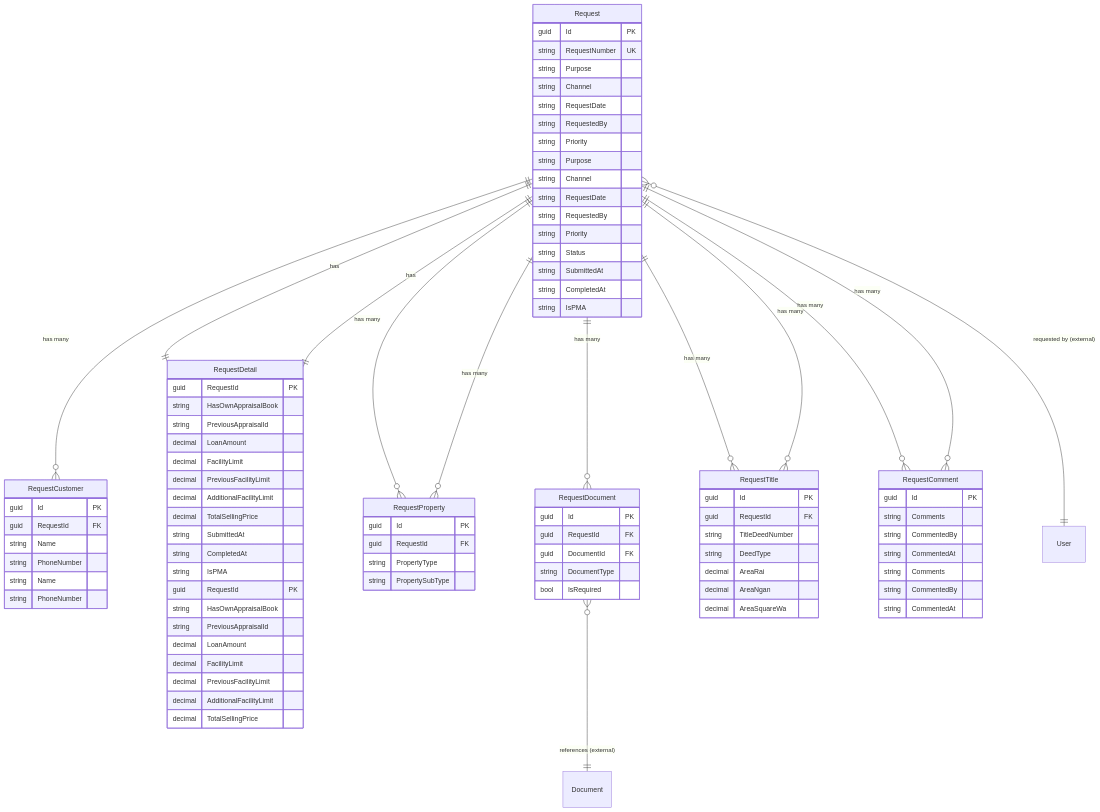
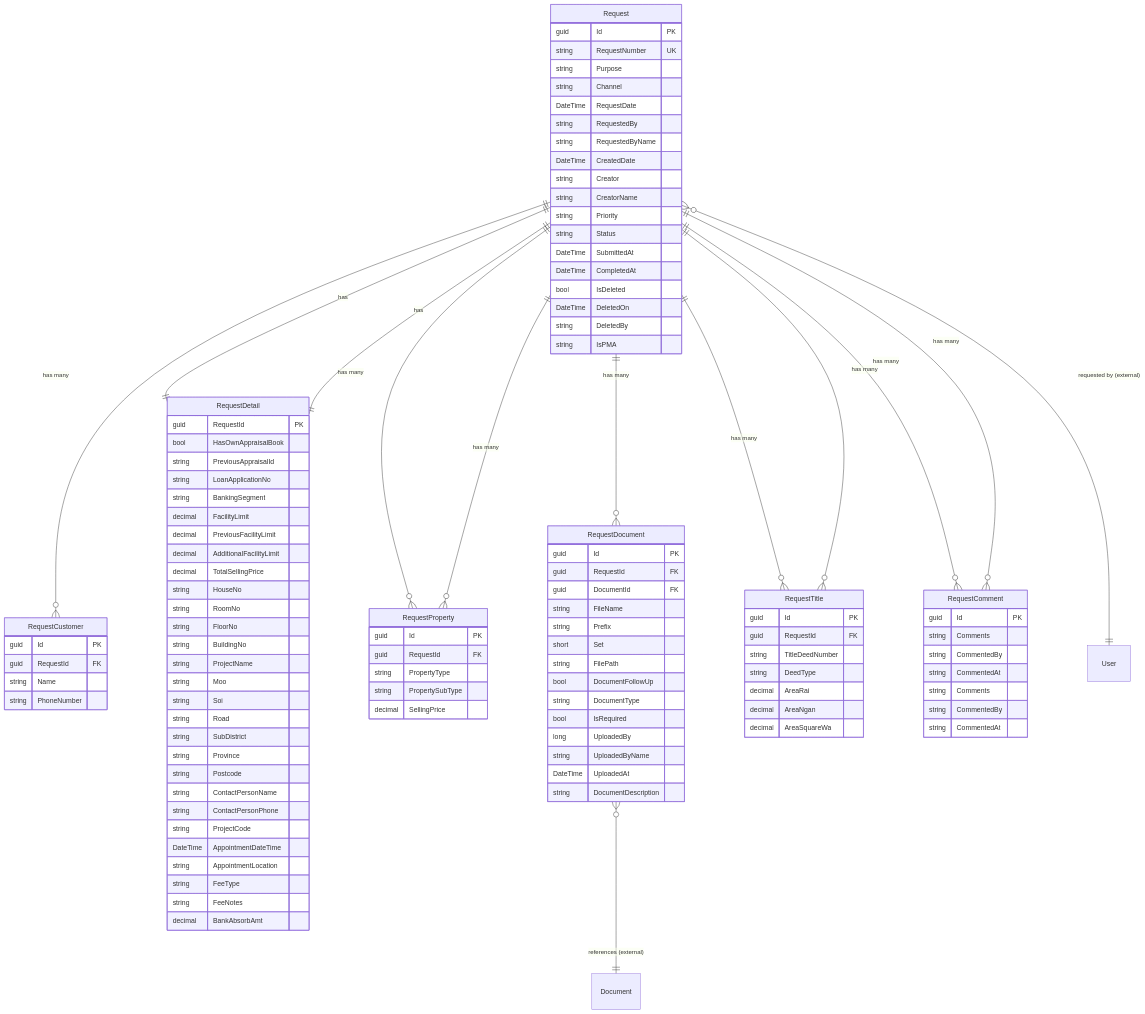
Before and after one commit to immortalgky/collateral-appraisal-system-api: the diagram in docs/data-model/02-request-module.md, drawn with Mermaid. The commit also changed other lines of this file and 5 other files, not shown here.

```diff
--- a/docs/data-model/02-request-module.md
+++ b/docs/data-model/02-request-module.md
@@ -53,50 +53,56 @@
         string RequestNumber UK
         string Purpose
         string Channel
-        string RequestDate
+        DateTime RequestDate
         string RequestedBy
-        string Priority
-        string Purpose
-        string Channel
-        string RequestDate
-        string RequestedBy
+        string RequestedByName
+        DateTime CreatedDate
+        string Creator
+        string CreatorName
         string Priority
         string Status
-        string SubmittedAt
-        string CompletedAt
+        DateTime SubmittedAt
+        DateTime CompletedAt
+        bool IsDeleted
+        DateTime DeletedOn
+        string DeletedBy
         string IsPMA
     }
     
     RequestDetail {
         guid RequestId PK
-        string HasOwnAppraisalBook
+        bool HasOwnAppraisalBook
         string PreviousAppraisalId
-        decimal LoanAmount
+        string LoanApplicationNo
+        string BankingSegment
         decimal FacilityLimit
         decimal PreviousFacilityLimit
         decimal AdditionalFacilityLimit
         decimal TotalSellingPrice
-        string SubmittedAt
-        string CompletedAt
-        string IsPMA
-    }
-    
-    RequestDetail {
-        guid RequestId PK
-        string HasOwnAppraisalBook
-        string PreviousAppraisalId
-        decimal LoanAmount
-        decimal FacilityLimit
-        decimal PreviousFacilityLimit
-        decimal AdditionalFacilityLimit
-        decimal TotalSellingPrice
+        string HouseNo
+        string RoomNo
+        string FloorNo
+        string BuildingNo
+        string ProjectName
+        string Moo
+        string Soi
+        string Road
+        string SubDistrict
+        string Province
+        string Postcode
+        string ContactPersonName
+        string ContactPersonPhone
+        string ProjectCode
+        DateTime AppointmentDateTime
+        string AppointmentLocation
+        string FeeType
+        string FeeNotes
+        decimal BankAbsorbAmt
     }
 
     RequestCustomer {
         guid Id PK
         guid RequestId FK
-        string Name
-        string PhoneNumber
         string Name
         string PhoneNumber
     }
@@ -106,14 +112,24 @@
         guid RequestId FK
         string PropertyType
         string PropertySubType
+        decimal SellingPrice
     }
 
     RequestDocument {
         guid Id PK
         guid RequestId FK
         guid DocumentId FK
+        string FileName
+        string Prefix
+        short Set
+        string FilePath
+        bool DocumentFollowUp
         string DocumentType
         bool IsRequired
+        long UploadedBy
+        string UploadedByName
+        DateTime UploadedAt
+        string DocumentDescription
     }
 
     RequestTitle {
```
